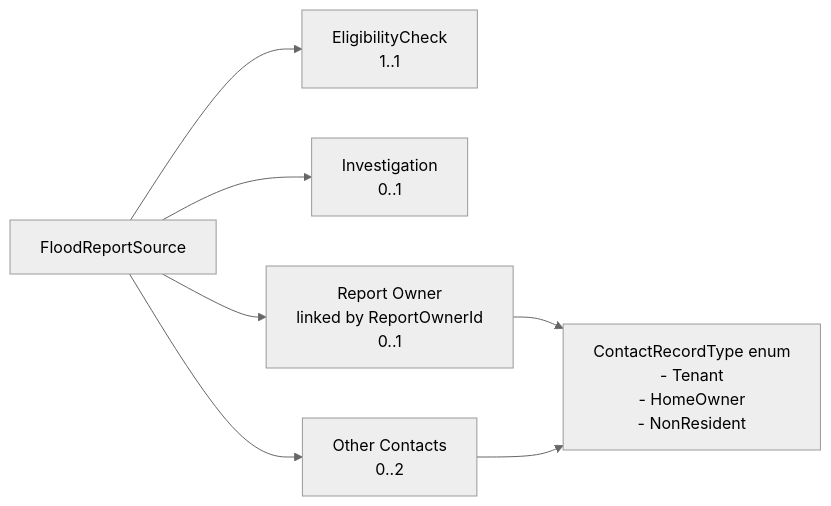
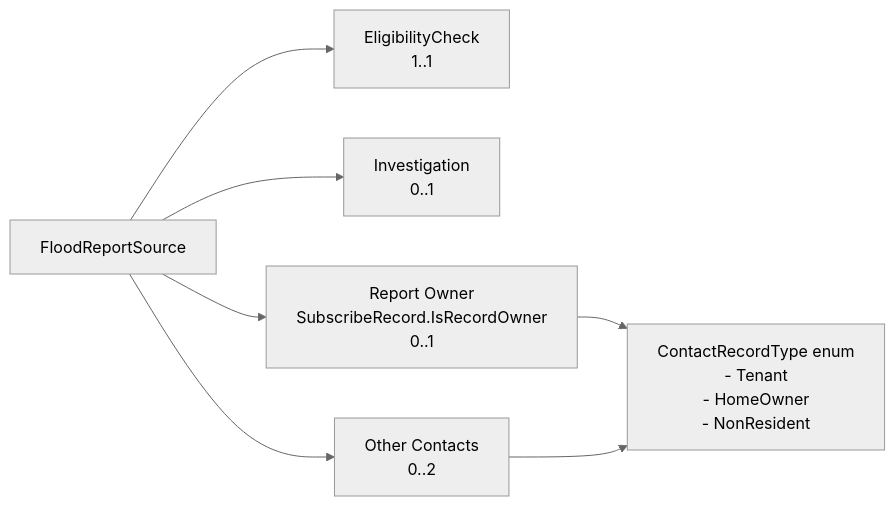
The diagram in docs/data-models/FloodReportRelationships.md (Dorset-Council-UK/FloodOnlineReportingTool.Public), drawn with Mermaid (neutral theme) before and after one commit. The commit also changed 1 other file, not shown here.

Commit message:
Updates for Copilot comments.

````diff
--- a/docs/data-models/FloodReportRelationships.md
+++ b/docs/data-models/FloodReportRelationships.md
@@ -8,18 +8,18 @@
 ```mermaid
   flowchart LR
     FRS["FloodReportSource"]
     EC["EligibilityCheck<br>1..1"]
     INV["Investigation<br>0..1"]
-    RO["Report Owner<br>linked by ReportOwnerId<br>0..1"]
+    RO["Report Owner<br>SubscribeRecord.IsRecordOwner<br>0..1"] 
     OC["Other Contacts<br>0..2"]
 
     TYPES["ContactRecordType enum<br>- Tenant<br>- HomeOwner<br>- NonResident"]
 
     FRS --> EC
     FRS --> INV
     FRS --> RO
     FRS --> OC
 
     RO --> TYPES
     OC --> TYPES
 ```
````
